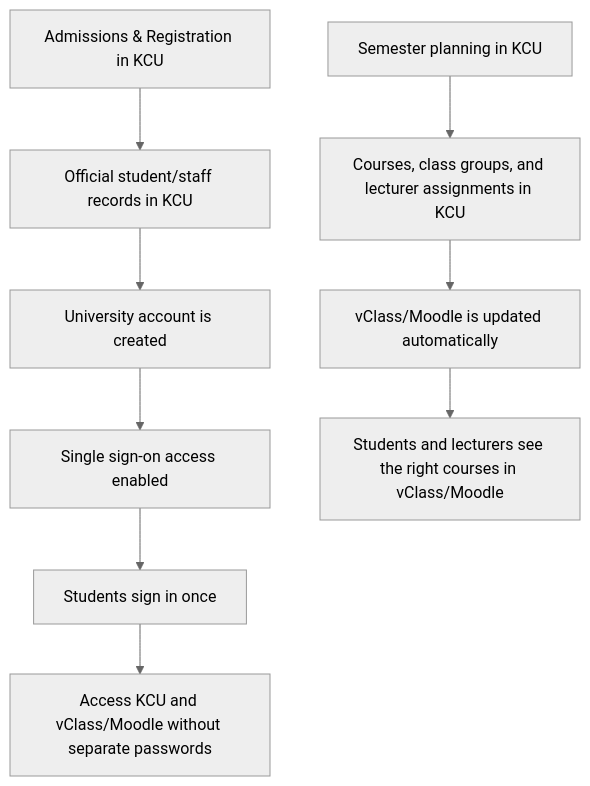
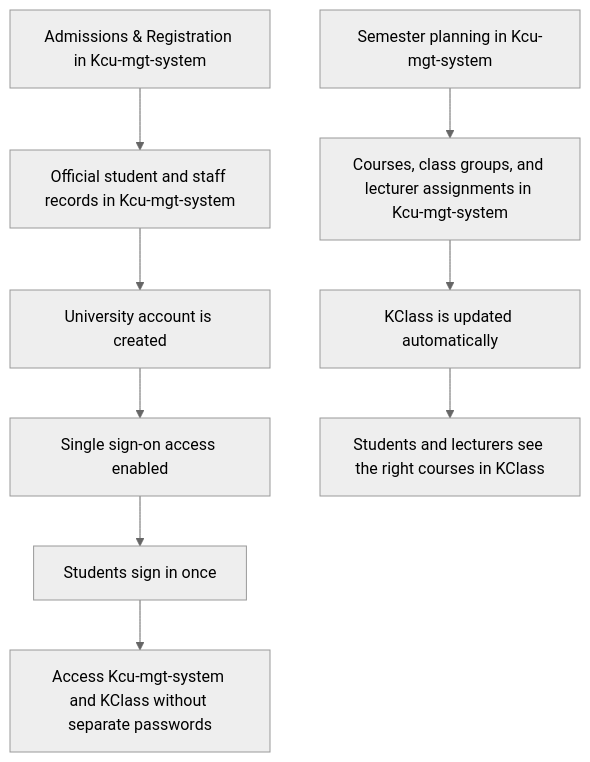
Before and after one commit to Iranks20/university-mgt-system-frontend: the second of 6 diagrams in docs/FLOW_OVERVIEW_README.md, drawn with Mermaid (neutral theme). The commit also changed other lines of this file, not shown here.

````diff
--- a/docs/FLOW_OVERVIEW_README.md
+++ b/docs/FLOW_OVERVIEW_README.md
@@ -74,12 +74,12 @@
 ```mermaid
 flowchart TD
-  A[Admissions & Registration in KCU] --> B[Official student/staff records in KCU]
+  A[Admissions & Registration in Kcu-mgt-system] --> B[Official student and staff records in Kcu-mgt-system]
   B --> C[University account is created]
   C --> D[Single sign-on access enabled]
 
-  E[Semester planning in KCU] --> F[Courses, class groups, and lecturer assignments in KCU]
-  F --> G[vClass/Moodle is updated automatically]
-  G --> H[Students and lecturers see the right courses in vClass/Moodle]
+  E[Semester planning in Kcu-mgt-system] --> F[Courses, class groups, and lecturer assignments in Kcu-mgt-system]
+  F --> G[KClass is updated automatically]
+  G --> H[Students and lecturers see the right courses in KClass]
   D --> I[Students sign in once]
-  I --> J[Access KCU and vClass/Moodle without separate passwords]
+  I --> J[Access Kcu-mgt-system and KClass without separate passwords]
 ```
````
